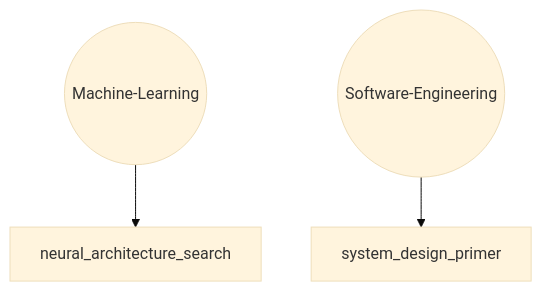
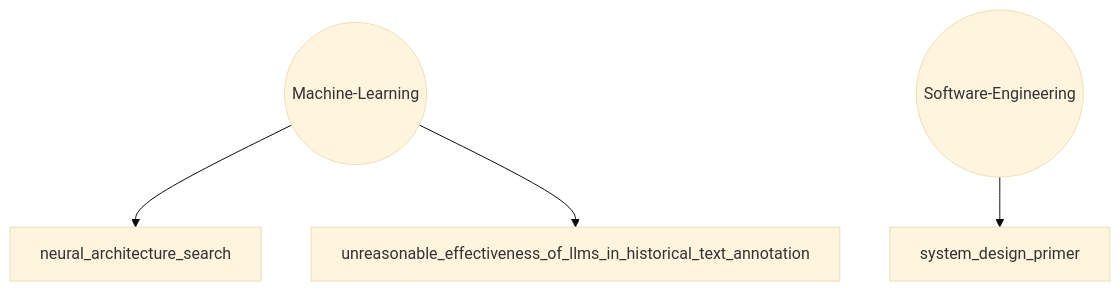
One commit to zparvez2z/TLDR changed the diagram in README.md. Above: the diagram before and after it, drawn with Mermaid (base theme). The commit also changed other lines of this file and 2 other files, not shown here.

Commit message:
docs: Auto-generate knowledge base

````diff
--- a/README.md
+++ b/README.md
@@ -4,7 +4,8 @@
 ```mermaid
 graph TD
     Machine-Learning(( Machine-Learning ))
     Machine-Learning --> neural_architecture_search
+    Machine-Learning --> unreasonable_effectiveness_of_llms_in_historical_text_annotation
     Software-Engineering(( Software-Engineering ))
     Software-Engineering --> system_design_primer
 ```
````
